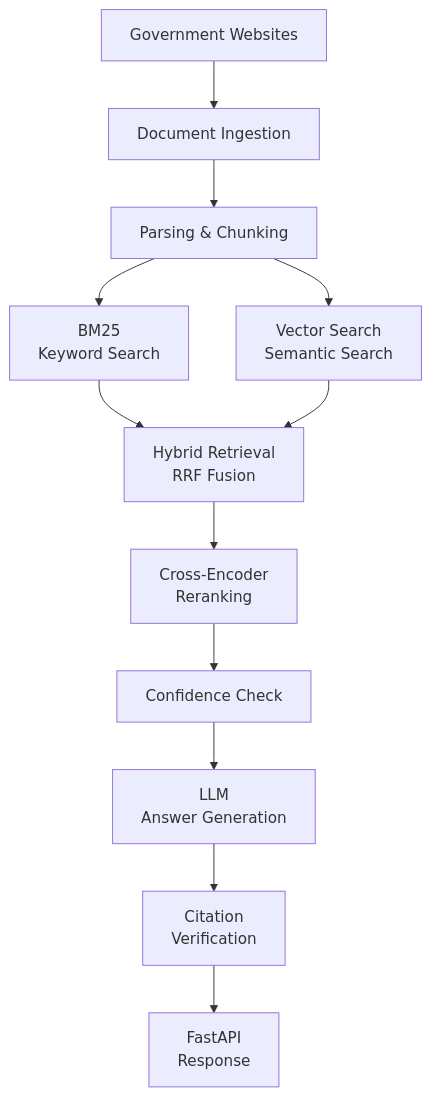
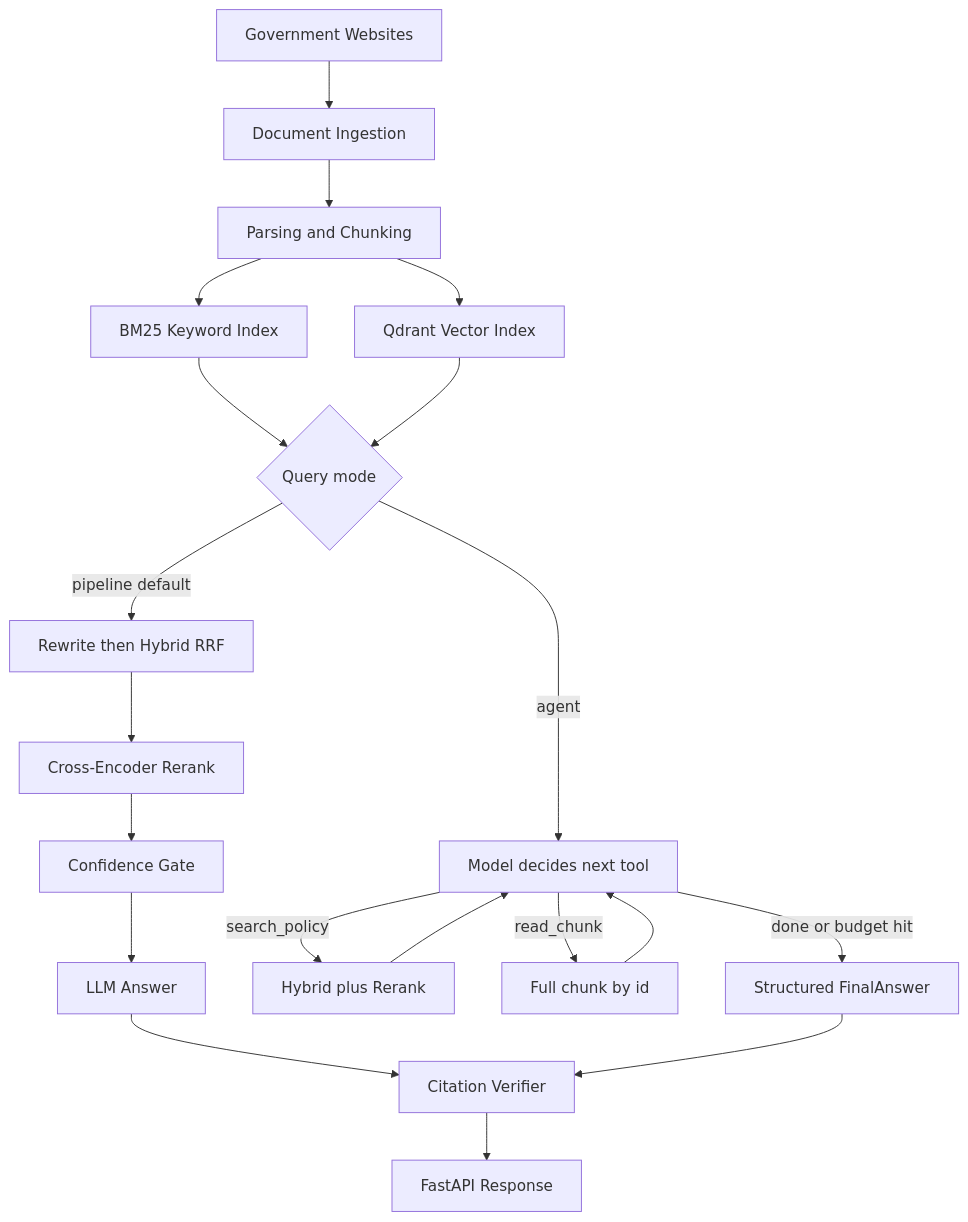
The first of 3 diagrams in README.md (SamLookingGlass/carepolicy-rag-project), drawn with Mermaid before and after one commit. The commit also changed other lines of this file, not shown here.

Commit message:
Readme.md updated with latest mermaid diagrams, agentic workflow steps, and architechture

````diff
--- a/README.md
+++ b/README.md
@@ -26,14 +26,22 @@
 ```mermaid
 flowchart TD
     A[Government Websites] --> B[Document Ingestion]
-    B --> C[Parsing & Chunking]
-    C --> D[BM25<br/>Keyword Search]
-    C --> E[Vector Search<br/>Semantic Search]
-    D --> F[Hybrid Retrieval<br/>RRF Fusion]
+    B --> C[Parsing and Chunking]
+    C --> D[BM25 Keyword Index]
+    C --> E[Qdrant Vector Index]
+    D --> F{Query mode}
     E --> F
-    F --> G[Cross-Encoder<br/>Reranking]
-    G --> H[Confidence Check]
-    H --> I[LLM<br/>Answer Generation]
-    I --> J[Citation<br/>Verification]
-    J --> K[FastAPI<br/>Response]
+    F -->|pipeline default| G[Rewrite then Hybrid RRF]
+    G --> H[Cross-Encoder Rerank]
+    H --> I[Confidence Gate]
+    I --> J[LLM Answer]
+    J --> K[Citation Verifier]
+    F -->|agent| L[Model decides next tool]
+    L -->|search_policy| M[Hybrid plus Rerank]
+    L -->|read_chunk| N[Full chunk by id]
+    M --> L
+    N --> L
+    L -->|done or budget hit| O[Structured FinalAnswer]
+    O --> K
+    K --> P[FastAPI Response]
 ```
````
